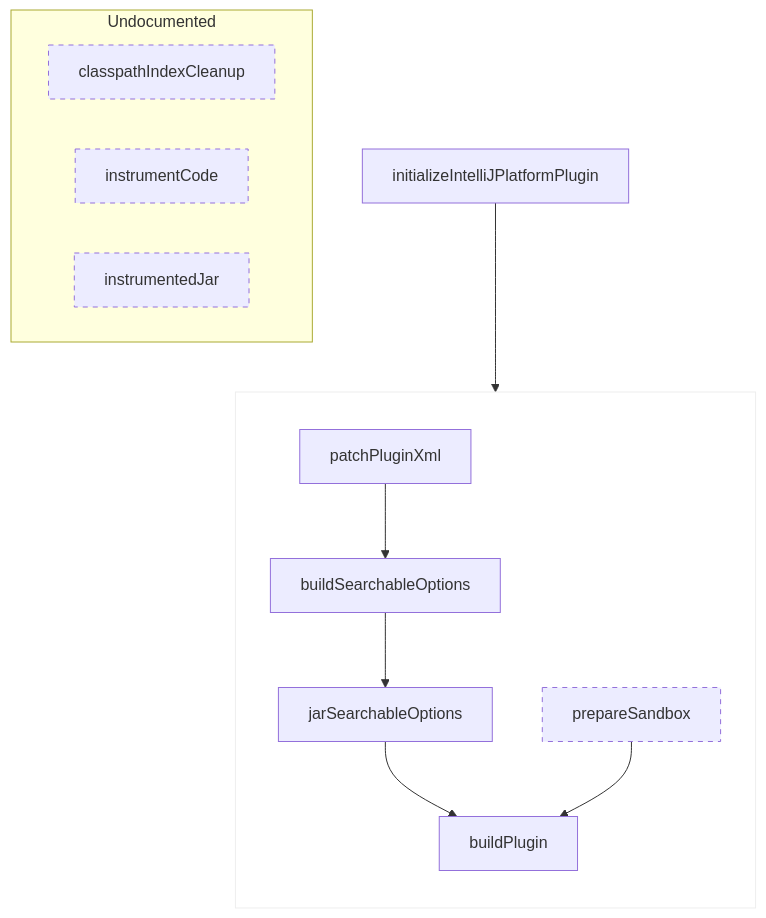
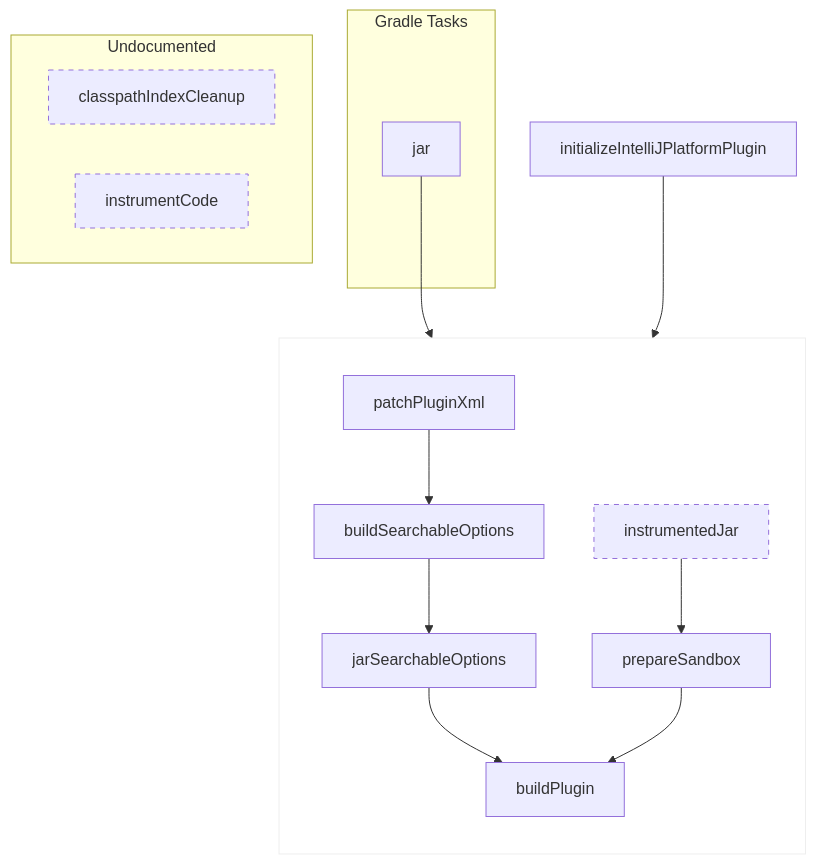
One commit to JetBrains/intellij-sdk-docs changed the diagram in topics/appendix/tools/intellij_platform_gradle_plugin/tools_intellij_platform_gradle_plugin_tasks.md. Above: the diagram before and after it, drawn with Mermaid. The commit also changed other lines of this file, not shown here.

Commit message:
IntelliJ Platform Gradle Plugin: `prepareSandbox` task

````diff
--- a/topics/appendix/tools/intellij_platform_gradle_plugin/tools_intellij_platform_gradle_plugin_tasks.md
+++ b/topics/appendix/tools/intellij_platform_gradle_plugin/tools_intellij_platform_gradle_plugin_tasks.md
@@ -15,42 +15,45 @@
 ```mermaid
 flowchart
+    subgraph Gradle Tasks
+        jar
+    end
+
     subgraph ALL ["` `"]
         direction TB
 
         buildPlugin
         buildSearchableOptions
         jarSearchableOptions
         patchPluginXml
         prepareSandbox
 
         jarSearchableOptions & prepareSandbox --> buildPlugin
         patchPluginXml --> buildSearchableOptions
         buildSearchableOptions --> jarSearchableOptions
+        jar & instrumentedJar --> prepareSandbox
     end
 
     initializeIntelliJPlatformPlugin --> ALL
 
     subgraph Undocumented
         classpathIndexCleanup
         instrumentCode
         instrumentedJar
     end
 
     click buildPlugin "#buildPlugin"
     click buildSearchableOptions "#buildSearchableOptions"
     click classpathIndexCleanup "#classpathIndexCleanup"
     click initializeIntelliJPlatformPlugin "#initializeIntelliJPlatformPlugin"
     click instrumentCode "#instrumentCode"
     click instrumentedJar "#instrumentedJar"
     click jarSearchableOptions "#jarSearchableOptions"
     click patchPluginXml "#patchPluginXml"
     click prepareSandbox "#prepareSandbox"
 
     style classpathIndexCleanup stroke-dasharray: 5 5
     style instrumentCode stroke-dasharray: 5 5
     style instrumentedJar stroke-dasharray: 5 5
 
-    style prepareSandbox stroke-dasharray: 5 5
-
     style ALL fill:transparent,stroke:#eee
 ```
````
